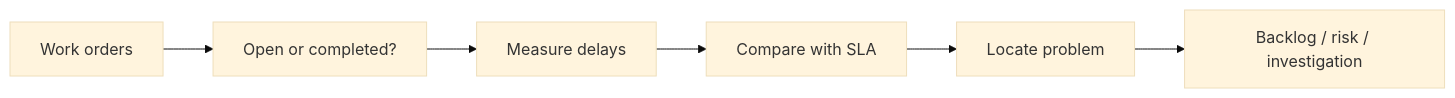
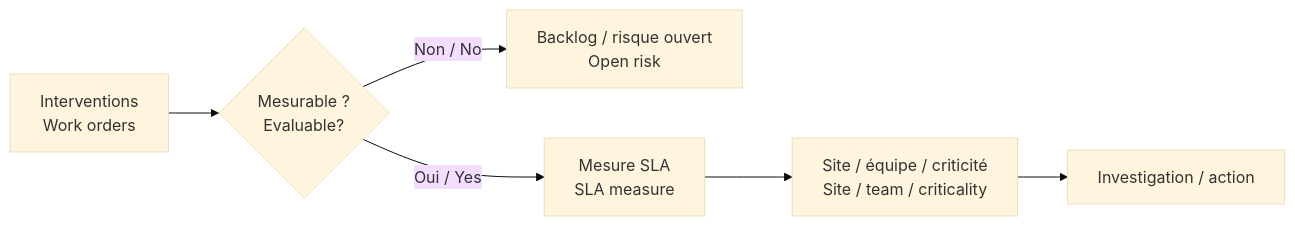
One commit to jeffersonkuku/powerbi-portfolio-projects changed the first of 3 diagrams in powerbi-sla-penalties-portfolio/README.md. Above: the diagram before and after it, drawn with Mermaid (base theme). The commit also changed other lines of this file and 4 other files, not shown here.

````diff
--- a/powerbi-sla-penalties-portfolio/README.md
+++ b/powerbi-sla-penalties-portfolio/README.md
@@ -15,8 +16,8 @@
 ```mermaid
 flowchart LR
-    A[Work orders] --> B[Open or completed?]
-    B --> C[Measure delays]
-    C --> D[Compare with SLA]
-    D --> E[Locate problem]
-    E --> F[Backlog / risk / investigation]
+    A[Interventions<br/>Work orders] --> B{Mesurable ?<br/>Evaluable?}
+    B -->|Non / No| C[Backlog / risque ouvert<br/>Open risk]
+    B -->|Oui / Yes| D[Mesure SLA<br/>SLA measure]
+    D --> E[Site / équipe / criticité<br/>Site / team / criticality]
+    E --> F[Investigation / action]
 ```
````
